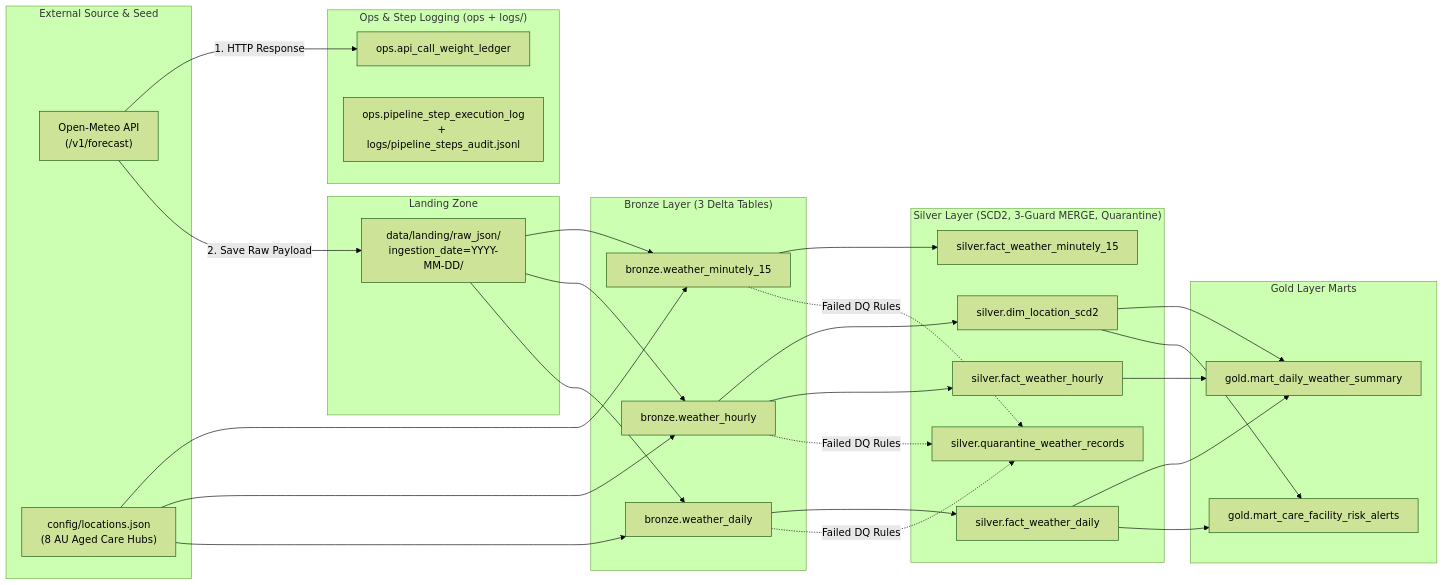
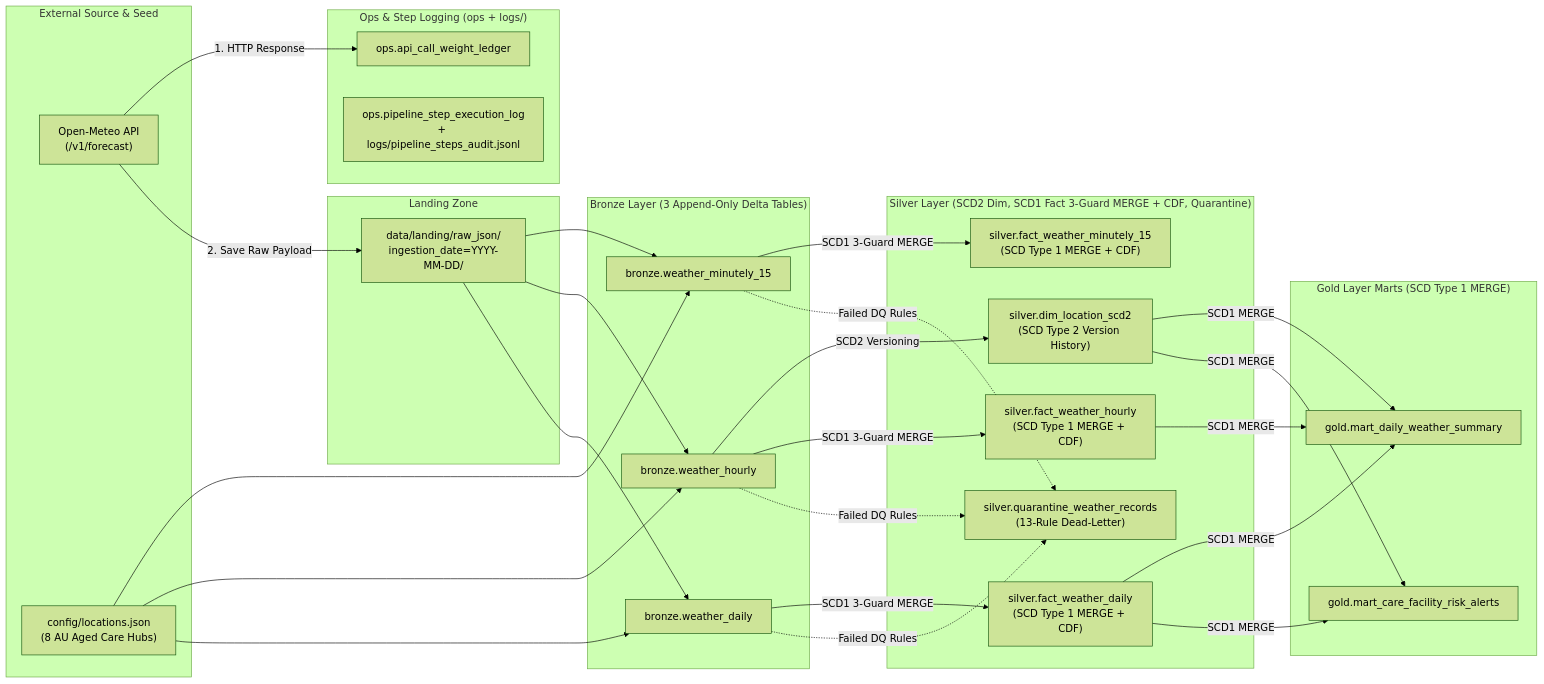
One commit to niluparupasinghe/open_meteo_weather_monitoring_for_aged_care_hubs changed the diagram in README.md. Above: the diagram before and after it, drawn with Mermaid (forest theme). The commit also changed other lines of this file, not shown here.

Commit message:
SCD1 visually added to diagram

````diff
--- a/README.md
+++ b/README.md
@@ -39,47 +44,47 @@
 ```mermaid
 flowchart LR
     subgraph Source["External Source & Seed"]
         API["Open-Meteo API<br/>(/v1/forecast)"]
         SEED["config/locations.json<br/>(8 AU Aged Care Hubs)"]
     end
 
     subgraph Ops["Ops & Step Logging (ops + logs/)"]
         LEDGER["ops.api_call_weight_ledger"]
         STEPLOG["ops.pipeline_step_execution_log<br/>+ logs/pipeline_steps_audit.jsonl"]
     end
 
     subgraph Landing["Landing Zone"]
         RAW["data/landing/raw_json/<br/>ingestion_date=YYYY-MM-DD/"]
     end
 
-    subgraph Bronze["Bronze Layer (3 Delta Tables)"]
+    subgraph Bronze["Bronze Layer (3 Append-Only Delta Tables)"]
         B_M15["bronze.weather_minutely_15"]
         B_HR["bronze.weather_hourly"]
         B_DY["bronze.weather_daily"]
     end
 
-    subgraph Silver["Silver Layer (SCD2, 3-Guard MERGE, Quarantine)"]
-        S_LOC["silver.dim_location_scd2"]
-        S_M15["silver.fact_weather_minutely_15"]
-        S_HR["silver.fact_weather_hourly"]
-        S_DY["silver.fact_weather_daily"]
-        S_QUAR["silver.quarantine_weather_records"]
+    subgraph Silver["Silver Layer (SCD2 Dim, SCD1 Fact 3-Guard MERGE + CDF, Quarantine)"]
+        S_LOC["silver.dim_location_scd2<br/>(SCD Type 2 Version History)"]
+        S_M15["silver.fact_weather_minutely_15<br/>(SCD Type 1 MERGE + CDF)"]
+        S_HR["silver.fact_weather_hourly<br/>(SCD Type 1 MERGE + CDF)"]
+        S_DY["silver.fact_weather_daily<br/>(SCD Type 1 MERGE + CDF)"]
+        S_QUAR["silver.quarantine_weather_records<br/>(13-Rule Dead-Letter)"]
     end
 
-    subgraph Gold["Gold Layer Marts"]
+    subgraph Gold["Gold Layer Marts (SCD Type 1 MERGE)"]
         G_SUM["gold.mart_daily_weather_summary"]
         G_RISK["gold.mart_care_facility_risk_alerts"]
     end
 
     API -->|1. HTTP Response| LEDGER
     API -->|2. Save Raw Payload| RAW
     SEED --> B_M15 & B_HR & B_DY
     RAW --> B_M15 & B_HR & B_DY
-    B_HR --> S_LOC
-    B_M15 --> S_M15
-    B_HR --> S_HR
-    B_DY --> S_DY
+    B_HR -->|SCD2 Versioning| S_LOC
+    B_M15 -->|SCD1 3-Guard MERGE| S_M15
+    B_HR -->|SCD1 3-Guard MERGE| S_HR
+    B_DY -->|SCD1 3-Guard MERGE| S_DY
     B_M15 & B_HR & B_DY -.->|Failed DQ Rules| S_QUAR
-    S_LOC & S_HR & S_DY --> G_SUM
-    S_LOC & S_DY --> G_RISK
+    S_LOC & S_HR & S_DY -->|SCD1 MERGE| G_SUM
+    S_LOC & S_DY -->|SCD1 MERGE| G_RISK
 ```
````
